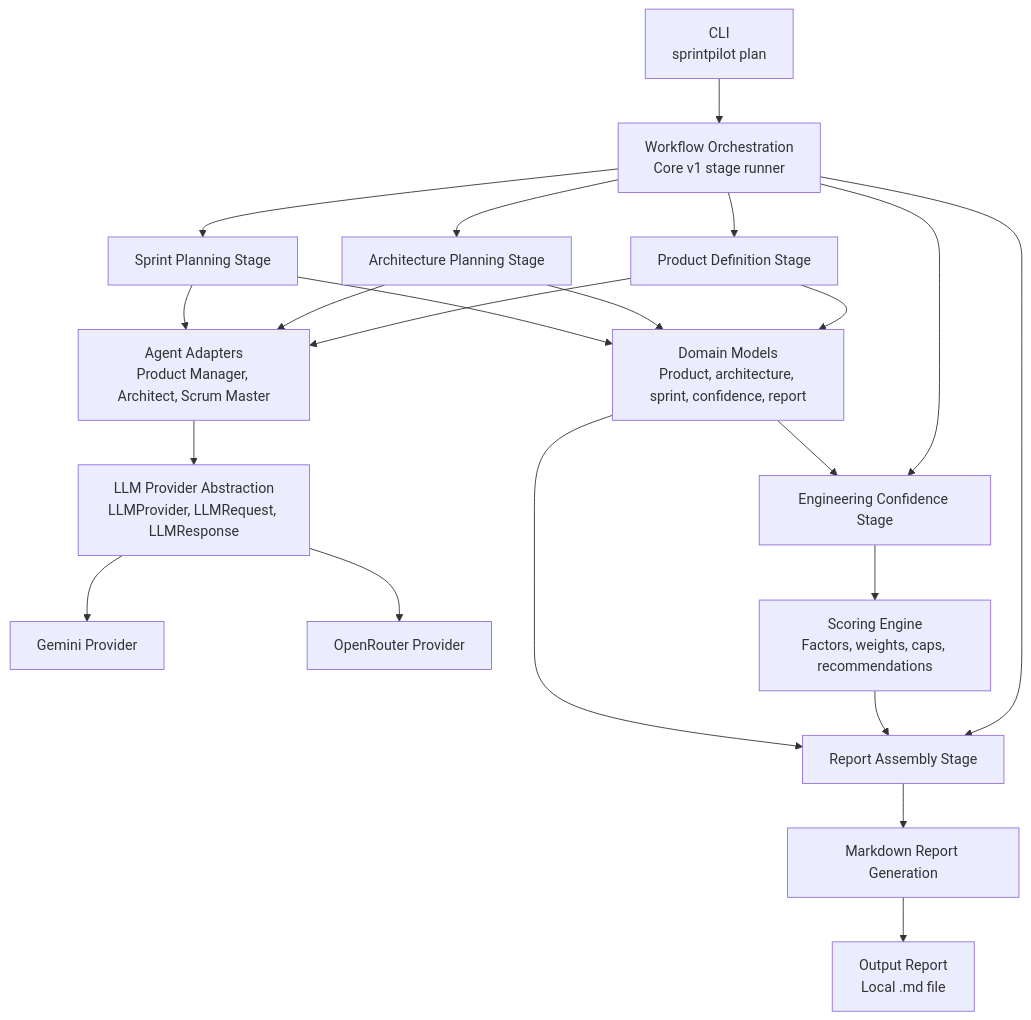
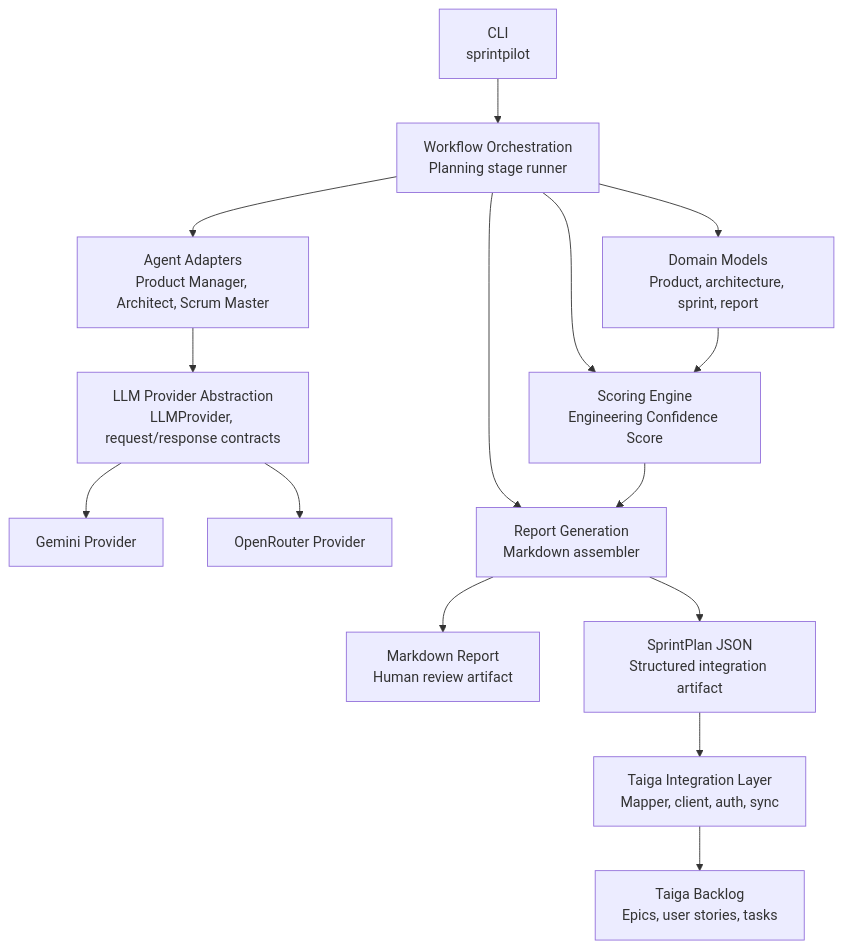
The diagram in docs/images/core-v1-architecture.mmd (iamdheemanth/SprintPilot), drawn with Mermaid before and after one commit. The commit also changed 50 other files, not shown here.

Commit message:
SprintPilot v2.0 - Taiga backlog export

```diff
--- a/docs/images/core-v1-architecture.mmd
+++ b/docs/images/core-v1-architecture.mmd
@@ -1,28 +1,15 @@
 flowchart TD
-    CLI["CLI<br/>sprintpilot plan"] --> Workflow["Workflow Orchestration<br/>Core v1 stage runner"]
-
-    Workflow --> Product["Product Definition Stage"]
-    Workflow --> Architecture["Architecture Planning Stage"]
-    Workflow --> Sprint["Sprint Planning Stage"]
-    Workflow --> Confidence["Engineering Confidence Stage"]
-    Workflow --> Report["Report Assembly Stage"]
-
-    Product --> Agents["Agent Adapters<br/>Product Manager, Architect, Scrum Master"]
-    Architecture --> Agents
-    Sprint --> Agents
-
-    Agents --> LLM["LLM Provider Abstraction<br/>LLMProvider, LLMRequest, LLMResponse"]
+    CLI["CLI<br/>sprintpilot"] --> Workflow["Workflow Orchestration<br/>Planning stage runner"]
+    Workflow --> Domain["Domain Models<br/>Product, architecture, sprint, report"]
+    Workflow --> Agents["Agent Adapters<br/>Product Manager, Architect, Scrum Master"]
+    Agents --> LLM["LLM Provider Abstraction<br/>LLMProvider, request/response contracts"]
     LLM --> Gemini["Gemini Provider"]
     LLM --> OpenRouter["OpenRouter Provider"]
-
-    Product --> Domain["Domain Models<br/>Product, architecture, sprint, confidence, report"]
-    Architecture --> Domain
-    Sprint --> Domain
-
-    Domain --> Confidence
-    Confidence --> Scoring["Scoring Engine<br/>Factors, weights, caps, recommendations"]
-    Scoring --> Report
-    Domain --> Report
-
-    Report --> Markdown["Markdown Report Generation"]
-    Markdown --> Output["Output Report<br/>Local .md file"]
+    Workflow --> Scoring["Scoring Engine<br/>Engineering Confidence Score"]
+    Domain --> Scoring
+    Workflow --> Reporting["Report Generation<br/>Markdown assembler"]
+    Scoring --> Reporting
+    Reporting --> Report["Markdown Report<br/>Human review artifact"]
+    Reporting --> SprintJSON["SprintPlan JSON<br/>Structured integration artifact"]
+    SprintJSON --> Taiga["Taiga Integration Layer<br/>Mapper, client, auth, sync"]
+    Taiga --> Backlog["Taiga Backlog<br/>Epics, user stories, tasks"]
```
